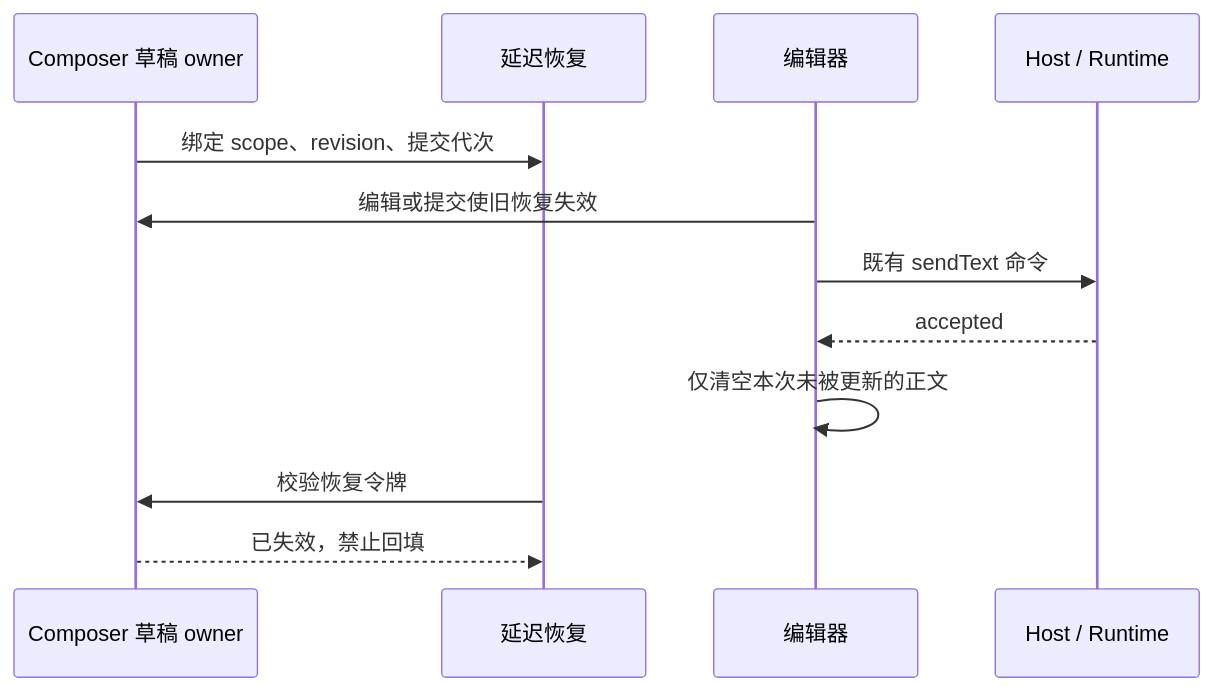
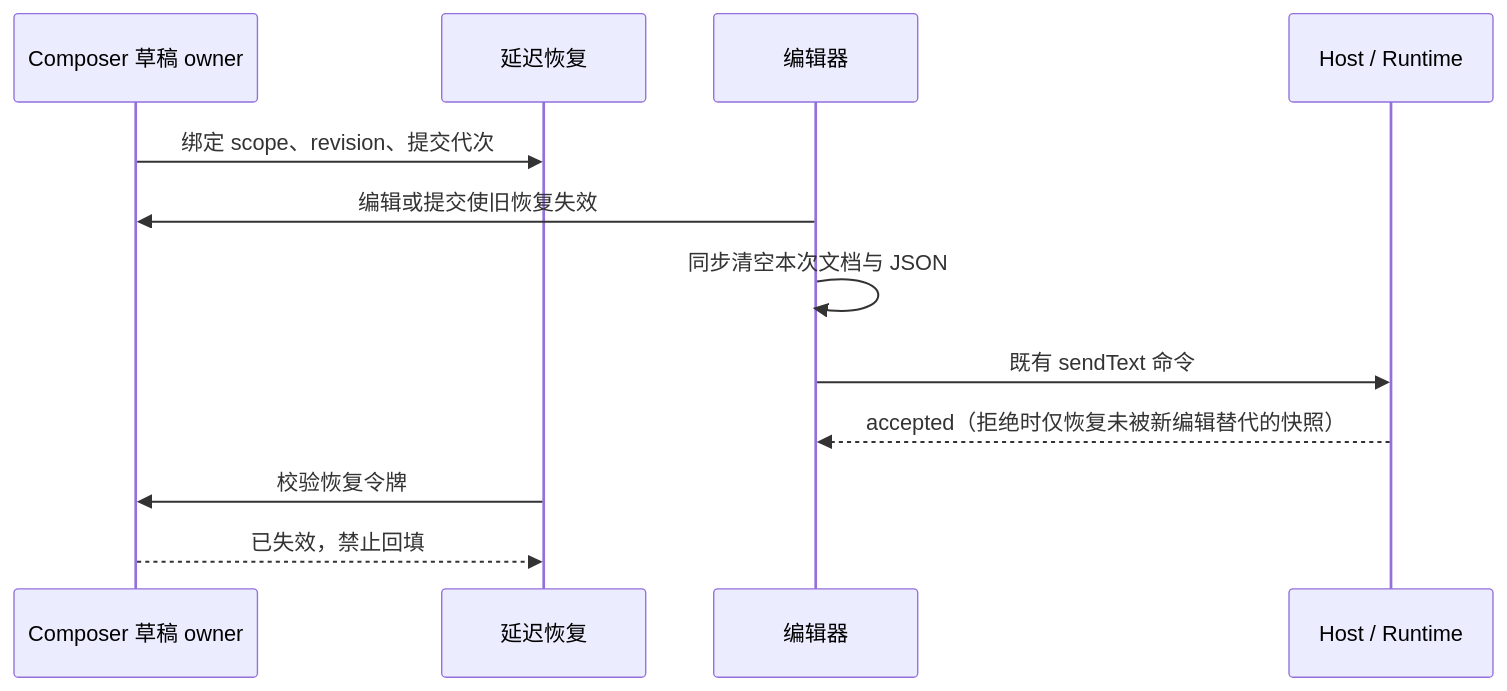
One commit to andrewliu83/ZCode changed the diagram in docs/ui/task-scoped-composer-drafts.md. Above: the diagram before and after it, drawn with Mermaid. The commit also changed other lines of this file and 25 other files, not shown here.

````diff
--- a/docs/ui/task-scoped-composer-drafts.md
+++ b/docs/ui/task-scoped-composer-drafts.md
@@ -30,14 +31,14 @@
 ```mermaid
 sequenceDiagram
   participant Owner as Composer 草稿 owner
   participant Restore as 延迟恢复
   participant UI as 编辑器
   participant Host as Host / Runtime
   Owner->>Restore: 绑定 scope、revision、提交代次
   UI->>Owner: 编辑或提交使旧恢复失效
+  UI->>UI: 同步清空本次文档与 JSON
   UI->>Host: 既有 sendText 命令
-  Host-->>UI: accepted
-  UI->>UI: 仅清空本次未被更新的正文
+  Host-->>UI: accepted（拒绝时仅恢复未被新编辑替代的快照）
   Restore->>Owner: 校验恢复令牌
   Owner-->>Restore: 已失效，禁止回填
 ```
````
